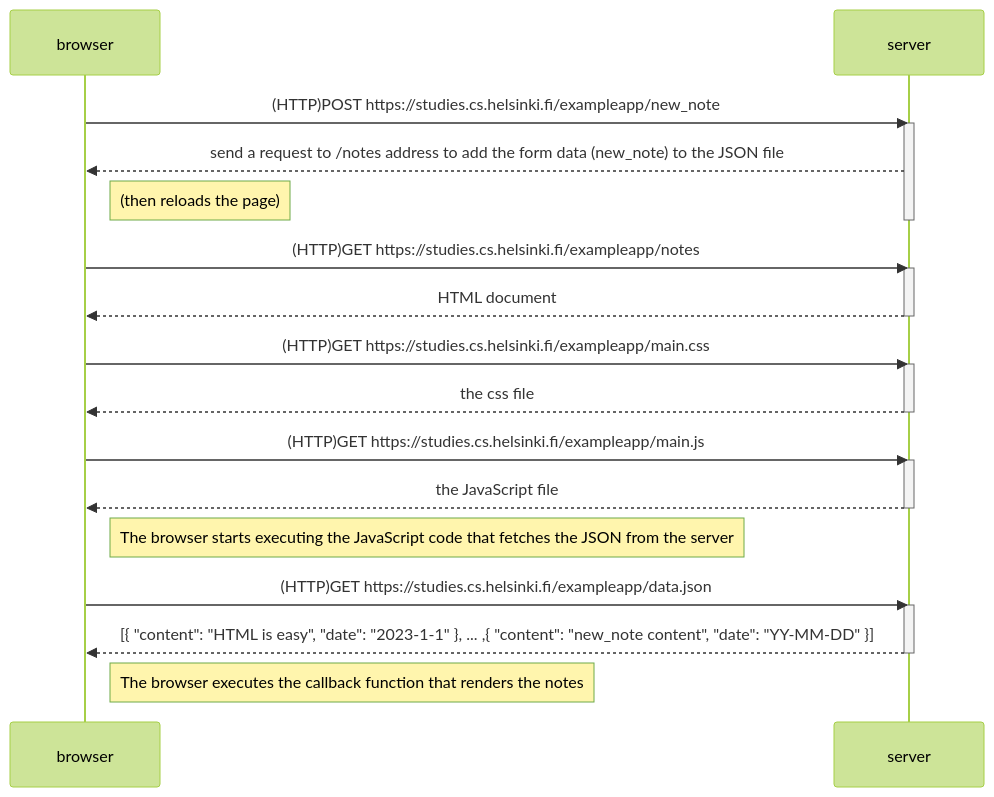
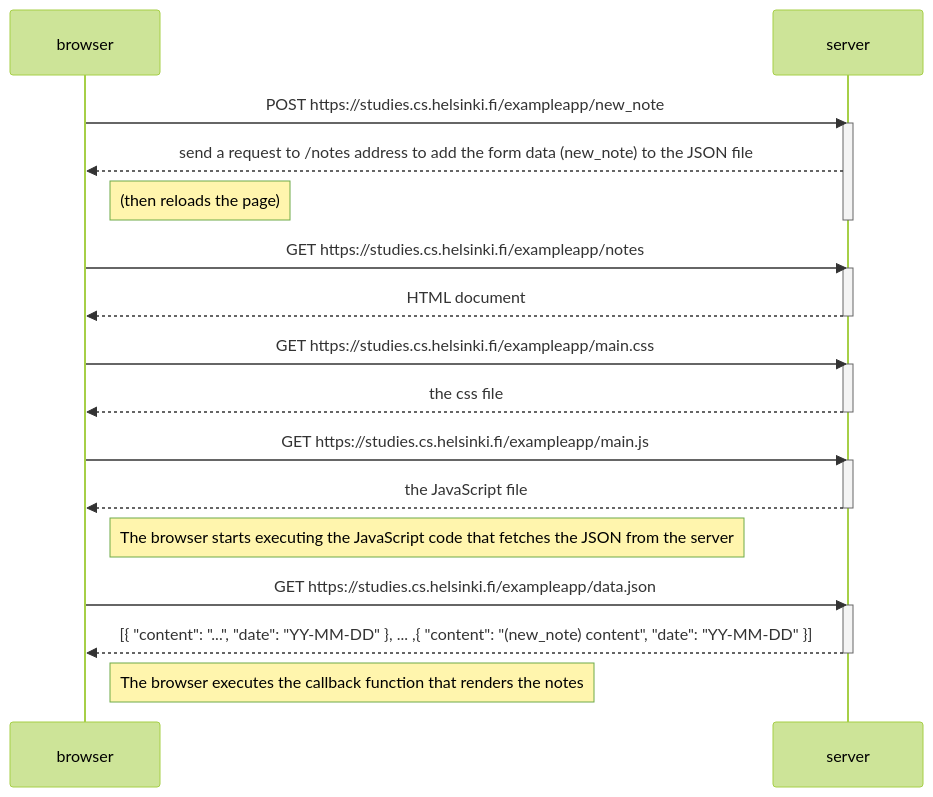
The diagram in part0/0.4-NoteDiagram.md (ViniciusPeixotoDanelluci/Submissions-FullstackOpen), drawn with Mermaid (forest theme) before and after one commit.

````diff
--- a/part0/0.4-NoteDiagram.md
+++ b/part0/0.4-NoteDiagram.md
@@ -1,36 +1,38 @@
 ```mermaid
 
 sequenceDiagram
     participant browser
     participant server
 
-    browser->>server: (HTTP)POST https://studies.cs.helsinki.fi/exampleapp/new_note
+    browser->>server: POST https://studies.cs.helsinki.fi/exampleapp/new_note
     activate server
     server-->>browser: send a request to /notes address to add the form data (new_note) to the JSON file 
+
     Note right of browser: (then reloads the page)
+
     deactivate server
   
-    browser->>server: (HTTP)GET https://studies.cs.helsinki.fi/exampleapp/notes
+    browser->>server: GET https://studies.cs.helsinki.fi/exampleapp/notes
     activate server
     server-->>browser: HTML document
     deactivate server
 
-    browser->>server: (HTTP)GET https://studies.cs.helsinki.fi/exampleapp/main.css
+    browser->>server: GET https://studies.cs.helsinki.fi/exampleapp/main.css
     activate server
     server-->>browser: the css file
     deactivate server
 
-    browser->>server: (HTTP)GET https://studies.cs.helsinki.fi/exampleapp/main.js
+    browser->>server: GET https://studies.cs.helsinki.fi/exampleapp/main.js
     activate server
     server-->>browser: the JavaScript file
     deactivate server
 
     Note right of browser: The browser starts executing the JavaScript code that fetches the JSON from the server
 
-    browser->>server: (HTTP)GET https://studies.cs.helsinki.fi/exampleapp/data.json
+    browser->>server: GET https://studies.cs.helsinki.fi/exampleapp/data.json
     activate server
-    server-->>browser: [{ "content": "HTML is easy", "date": "2023-1-1" }, ... ,{ "content": "new_note content", "date": "YY-MM-DD" }]
+    server-->>browser: [{ "content": "...", "date": "YY-MM-DD" }, ... ,{ "content": "(new_note) content", "date": "YY-MM-DD" }]
     deactivate server
 
     Note right of browser: The browser executes the callback function that renders the notes
 ```
````
